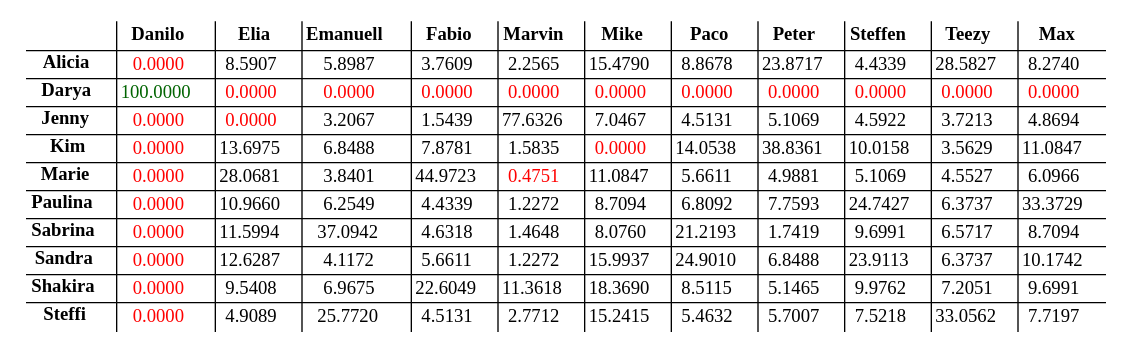
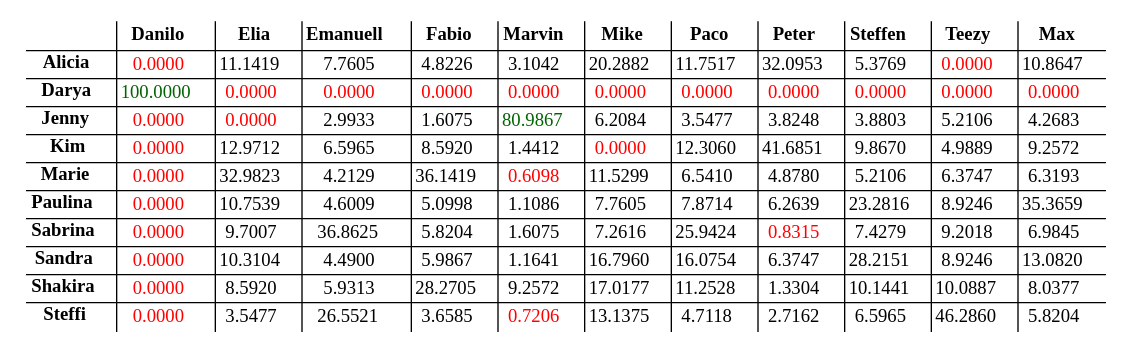
One commit to atticus-sullivan/sim-ayto changed the diagram in s03r/s03r_tab.dot. Above: the diagram before and after it, drawn with Graphviz. The commit also changed 7 other files, not shown here.

```diff
--- a/s03r/s03r_tab.dot
+++ b/s03r/s03r_tab.dot
@@ -1,158 +1,158 @@
 digraph structs { node[shape=plaintext] struct[label=<
 <table cellspacing="2" border="0" rows="*" columns="*">
 <tr>
 <td></td>
 <td><B>Danilo</B></td>
 <td><B>Elia</B></td>
 <td><B>Emanuell</B></td>
 <td><B>Fabio</B></td>
 <td><B>Marvin</B></td>
 <td><B>Mike</B></td>
 <td><B>Paco</B></td>
 <td><B>Peter</B></td>
 <td><B>Steffen</B></td>
 <td><B>Teezy</B></td>
 <td><B>Max</B></td>
 </tr>
 <tr>
 <td><B>Alicia</B></td>
 <td><font color="red">0.0000</font></td>
-<td><font color="black">8.5907</font></td>
-<td><font color="black">5.8987</font></td>
-<td><font color="black">3.7609</font></td>
-<td><font color="black">2.2565</font></td>
-<td><font color="black">15.4790</font></td>
-<td><font color="black">8.8678</font></td>
-<td><font color="black">23.8717</font></td>
-<td><font color="black">4.4339</font></td>
-<td><font color="black">28.5827</font></td>
-<td><font color="black">8.2740</font></td>
+<td><font color="black">11.1419</font></td>
+<td><font color="black">7.7605</font></td>
+<td><font color="black">4.8226</font></td>
+<td><font color="black">3.1042</font></td>
+<td><font color="black">20.2882</font></td>
+<td><font color="black">11.7517</font></td>
+<td><font color="black">32.0953</font></td>
+<td><font color="black">5.3769</font></td>
+<td><font color="red">0.0000</font></td>
+<td><font color="black">10.8647</font></td>
 </tr>
 <tr>
 <td><B>Darya</B></td>
 <td><font color="darkgreen">100.0000</font></td>
 <td><font color="red">0.0000</font></td>
 <td><font color="red">0.0000</font></td>
 <td><font color="red">0.0000</font></td>
 <td><font color="red">0.0000</font></td>
 <td><font color="red">0.0000</font></td>
 <td><font color="red">0.0000</font></td>
 <td><font color="red">0.0000</font></td>
 <td><font color="red">0.0000</font></td>
 <td><font color="red">0.0000</font></td>
 <td><font color="red">0.0000</font></td>
 </tr>
 <tr>
 <td><B>Jenny</B></td>
 <td><font color="red">0.0000</font></td>
 <td><font color="red">0.0000</font></td>
-<td><font color="black">3.2067</font></td>
-<td><font color="black">1.5439</font></td>
-<td><font color="black">77.6326</font></td>
-<td><font color="black">7.0467</font></td>
-<td><font color="black">4.5131</font></td>
-<td><font color="black">5.1069</font></td>
-<td><font color="black">4.5922</font></td>
-<td><font color="black">3.7213</font></td>
-<td><font color="black">4.8694</font></td>
+<td><font color="black">2.9933</font></td>
+<td><font color="black">1.6075</font></td>
+<td><font color="darkgreen">80.9867</font></td>
+<td><font color="black">6.2084</font></td>
+<td><font color="black">3.5477</font></td>
+<td><font color="black">3.8248</font></td>
+<td><font color="black">3.8803</font></td>
+<td><font color="black">5.2106</font></td>
+<td><font color="black">4.2683</font></td>
 </tr>
 <tr>
 <td><B>Kim</B></td>
 <td><font color="red">0.0000</font></td>
-<td><font color="black">13.6975</font></td>
-<td><font color="black">6.8488</font></td>
-<td><font color="black">7.8781</font></td>
-<td><font color="black">1.5835</font></td>
+<td><font color="black">12.9712</font></td>
+<td><font color="black">6.5965</font></td>
+<td><font color="black">8.5920</font></td>
+<td><font color="black">1.4412</font></td>
 <td><font color="red">0.0000</font></td>
-<td><font color="black">14.0538</font></td>
-<td><font color="black">38.8361</font></td>
-<td><font color="black">10.0158</font></td>
-<td><font color="black">3.5629</font></td>
-<td><font color="black">11.0847</font></td>
+<td><font color="black">12.3060</font></td>
+<td><font color="black">41.6851</font></td>
+<td><font color="black">9.8670</font></td>
+<td><font color="black">4.9889</font></td>
+<td><font color="black">9.2572</font></td>
 </tr>
 <tr>
 <td><B>Marie</B></td>
 <td><font color="red">0.0000</font></td>
-<td><font color="black">28.0681</font></td>
-<td><font color="black">3.8401</font></td>
-<td><font color="black">44.9723</font></td>
-<td><font color="red">0.4751</font></td>
-<td><font color="black">11.0847</font></td>
-<td><font color="black">5.6611</font></td>
-<td><font color="black">4.9881</font></td>
-<td><font color="black">5.1069</font></td>
-<td><font color="black">4.5527</font></td>
-<td><font color="black">6.0966</font></td>
+<td><font color="black">32.9823</font></td>
+<td><font color="black">4.2129</font></td>
+<td><font color="black">36.1419</font></td>
+<td><font color="red">0.6098</font></td>
+<td><font color="black">11.5299</font></td>
+<td><font color="black">6.5410</font></td>
+<td><font color="black">4.8780</font></td>
+<td><font color="black">5.2106</font></td>
+<td><font color="black">6.3747</font></td>
+<td><font color="black">6.3193</font></td>
 </tr>
 <tr>
 <td><B>Paulina</B></td>
 <td><font color="red">0.0000</font></td>
-<td><font color="black">10.9660</font></td>
-<td><font color="black">6.2549</font></td>
-<td><font color="black">4.4339</font></td>
-<td><font color="black">1.2272</font></td>
-<td><font color="black">8.7094</font></td>
-<td><font color="black">6.8092</font></td>
-<td><font color="black">7.7593</font></td>
-<td><font color="black">24.7427</font></td>
-<td><font color="black">6.3737</font></td>
-<td><font color="black">33.3729</font></td>
+<td><font color="black">10.7539</font></td>
+<td><font color="black">4.6009</font></td>
+<td><font color="black">5.0998</font></td>
+<td><font color="black">1.1086</font></td>
+<td><font color="black">7.7605</font></td>
+<td><font color="black">7.8714</font></td>
+<td><font color="black">6.2639</font></td>
+<td><font color="black">23.2816</font></td>
+<td><font color="black">8.9246</font></td>
+<td><font color="black">35.3659</font></td>
 </tr>
 <tr>
 <td><B>Sabrina</B></td>
 <td><font color="red">0.0000</font></td>
-<td><font color="black">11.5994</font></td>
-<td><font color="black">37.0942</font></td>
-<td><font color="black">4.6318</font></td>
-<td><font color="black">1.4648</font></td>
-<td><font color="black">8.0760</font></td>
-<td><font color="black">21.2193</font></td>
-<td><font color="black">1.7419</font></td>
-<td><font color="black">9.6991</font></td>
-<td><font color="black">6.5717</font></td>
-<td><font color="black">8.7094</font></td>
+<td><font color="black">9.7007</font></td>
+<td><font color="black">36.8625</font></td>
+<td><font color="black">5.8204</font></td>
+<td><font color="black">1.6075</font></td>
+<td><font color="black">7.2616</font></td>
+<td><font color="black">25.9424</font></td>
+<td><font color="red">0.8315</font></td>
+<td><font color="black">7.4279</font></td>
+<td><font color="black">9.2018</font></td>
+<td><font color="black">6.9845</font></td>
 </tr>
 <tr>
 <td><B>Sandra</B></td>
 <td><font color="red">0.0000</font></td>
-<td><font color="black">12.6287</font></td>
-<td><font color="black">4.1172</font></td>
-<td><font color="black">5.6611</font></td>
-<td><font color="black">1.2272</font></td>
-<td><font color="black">15.9937</font></td>
-<td><font color="black">24.9010</font></td>
-<td><font color="black">6.8488</font></td>
-<td><font color="black">23.9113</font></td>
-<td><font color="black">6.3737</font></td>
-<td><font color="black">10.1742</font></td>
+<td><font color="black">10.3104</font></td>
+<td><font color="black">4.4900</font></td>
+<td><font color="black">5.9867</font></td>
+<td><font color="black">1.1641</font></td>
+<td><font color="black">16.7960</font></td>
+<td><font color="black">16.0754</font></td>
+<td><font color="black">6.3747</font></td>
+<td><font color="black">28.2151</font></td>
+<td><font color="black">8.9246</font></td>
+<td><font color="black">13.0820</font></td>
 </tr>
 <tr>
 <td><B>Shakira</B></td>
 <td><font color="red">0.0000</font></td>
-<td><font color="black">9.5408</font></td>
-<td><font color="black">6.9675</font></td>
-<td><font color="black">22.6049</font></td>
-<td><font color="black">11.3618</font></td>
-<td><font color="black">18.3690</font></td>
-<td><font color="black">8.5115</font></td>
-<td><font color="black">5.1465</font></td>
-<td><font color="black">9.9762</font></td>
-<td><font color="black">7.2051</font></td>
-<td><font color="black">9.6991</font></td>
+<td><font color="black">8.5920</font></td>
+<td><font color="black">5.9313</font></td>
+<td><font color="black">28.2705</font></td>
+<td><font color="black">9.2572</font></td>
+<td><font color="black">17.0177</font></td>
+<td><font color="black">11.2528</font></td>
+<td><font color="black">1.3304</font></td>
+<td><font color="black">10.1441</font></td>
+<td><font color="black">10.0887</font></td>
+<td><font color="black">8.0377</font></td>
 </tr>
 <tr>
 <td><B>Steffi</B></td>
 <td><font color="red">0.0000</font></td>
-<td><font color="black">4.9089</font></td>
-<td><font color="black">25.7720</font></td>
-<td><font color="black">4.5131</font></td>
-<td><font color="black">2.7712</font></td>
-<td><font color="black">15.2415</font></td>
-<td><font color="black">5.4632</font></td>
-<td><font color="black">5.7007</font></td>
-<td><font color="black">7.5218</font></td>
-<td><font color="black">33.0562</font></td>
-<td><font color="black">7.7197</font></td>
+<td><font color="black">3.5477</font></td>
+<td><font color="black">26.5521</font></td>
+<td><font color="black">3.6585</font></td>
+<td><font color="red">0.7206</font></td>
+<td><font color="black">13.1375</font></td>
+<td><font color="black">4.7118</font></td>
+<td><font color="black">2.7162</font></td>
+<td><font color="black">6.5965</font></td>
+<td><font color="black">46.2860</font></td>
+<td><font color="black">5.8204</font></td>
 </tr>
 </table>
 >];}
```
